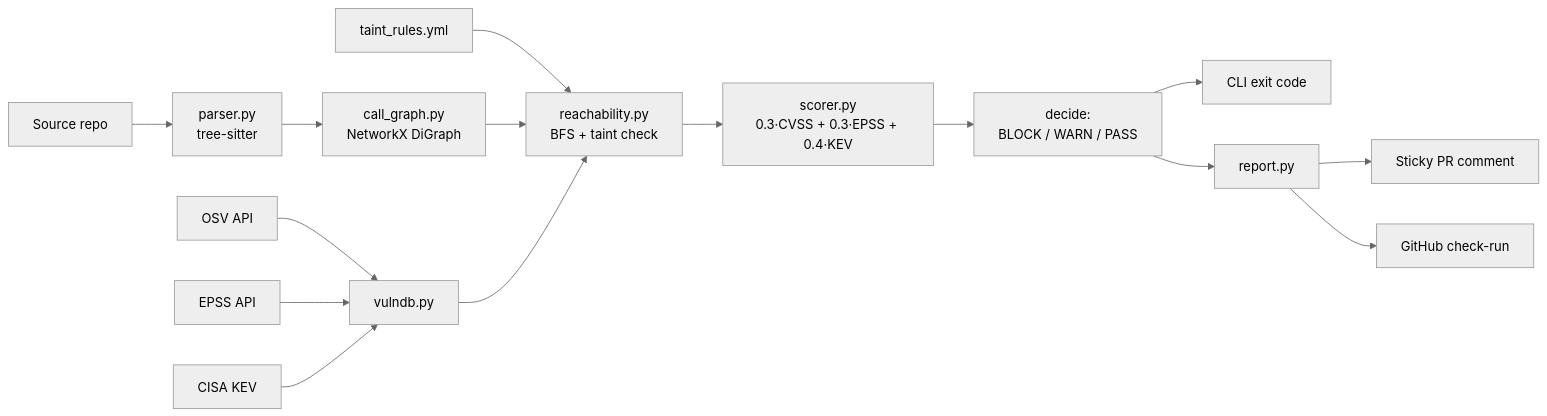
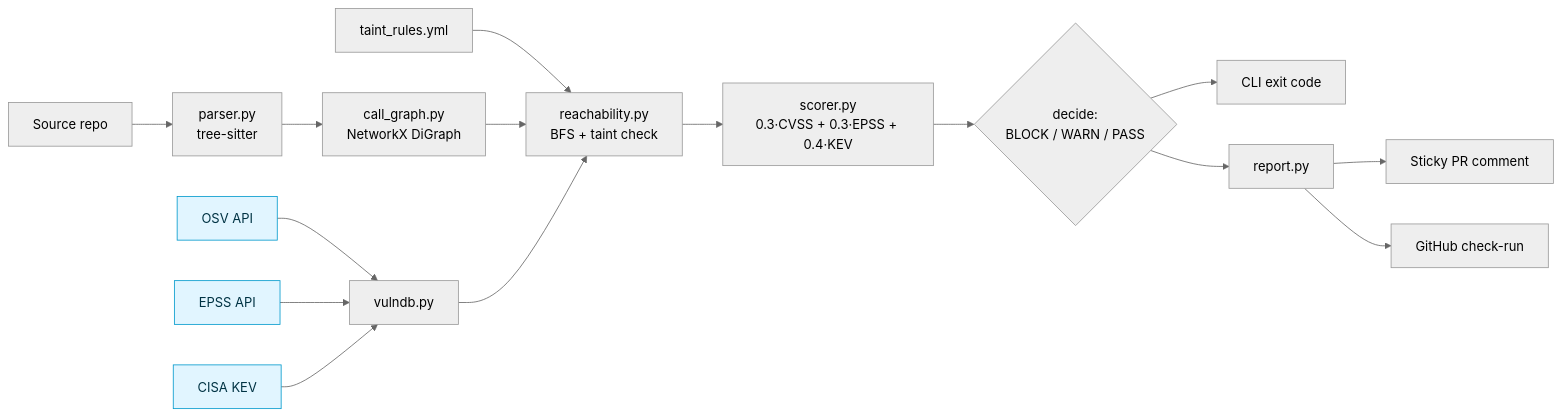
Before and after one commit to Malatesh0811/reachable-cve: the first of 2 diagrams in README.md, drawn with Mermaid (neutral theme). The commit also changed other lines of this file, not shown here.

````diff
--- a/README.md
+++ b/README.md
@@ -25,17 +105,20 @@
 ```mermaid
 flowchart LR
   src[Source repo] --> P[parser.py<br/>tree-sitter]
   P --> CG[call_graph.py<br/>NetworkX DiGraph]
   OSV[OSV API] --> VDB[vulndb.py]
   EPSS[EPSS API] --> VDB
   KEV[CISA KEV] --> VDB
   TR[taint_rules.yml] --> R[reachability.py<br/>BFS + taint check]
   CG --> R
   VDB --> R
   R --> S[scorer.py<br/>0.3·CVSS + 0.3·EPSS + 0.4·KEV]
-  S --> D[decide:<br/>BLOCK / WARN / PASS]
+  S --> D{decide:<br/>BLOCK / WARN / PASS}
   D --> CLI[CLI exit code]
   D --> Rep[report.py]
   Rep --> Comment[Sticky PR comment]
   Rep --> Check[GitHub check-run]
+
+  classDef cached fill:#e1f5ff,stroke:#0099cc,color:#003344
+  class OSV,EPSS,KEV cached
 ```
````
